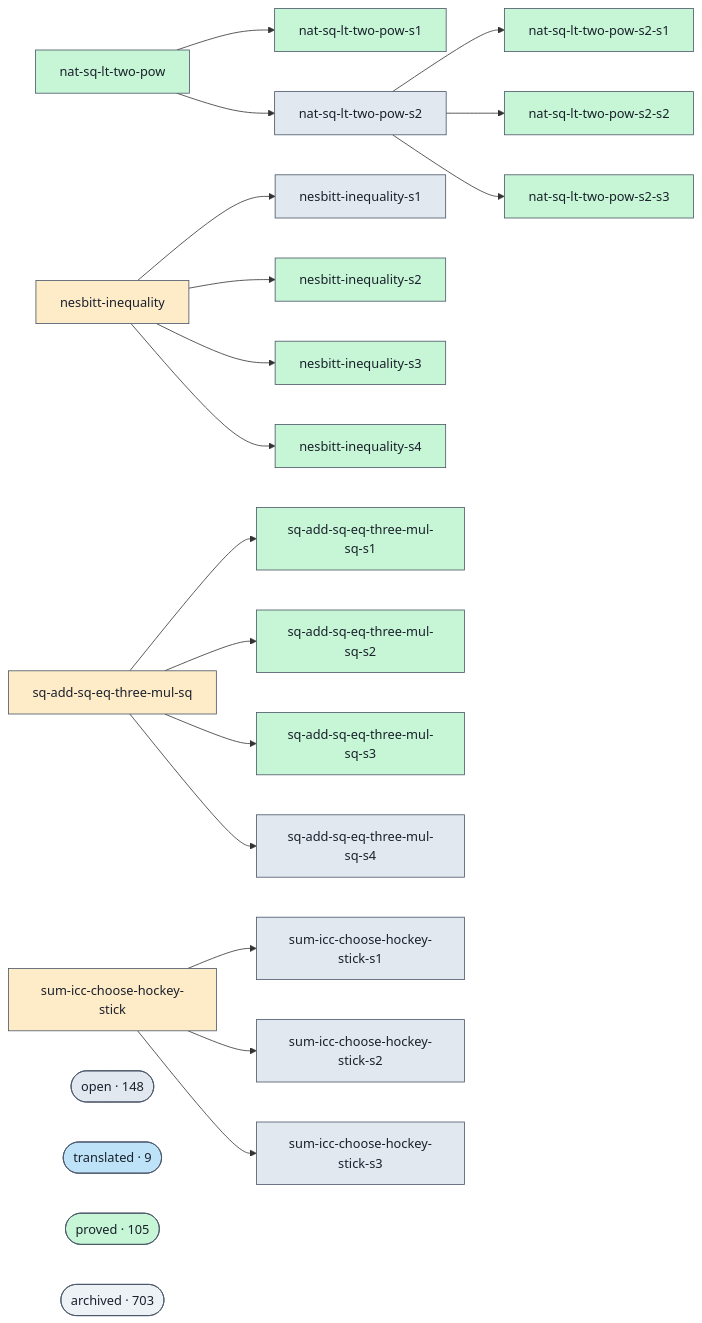
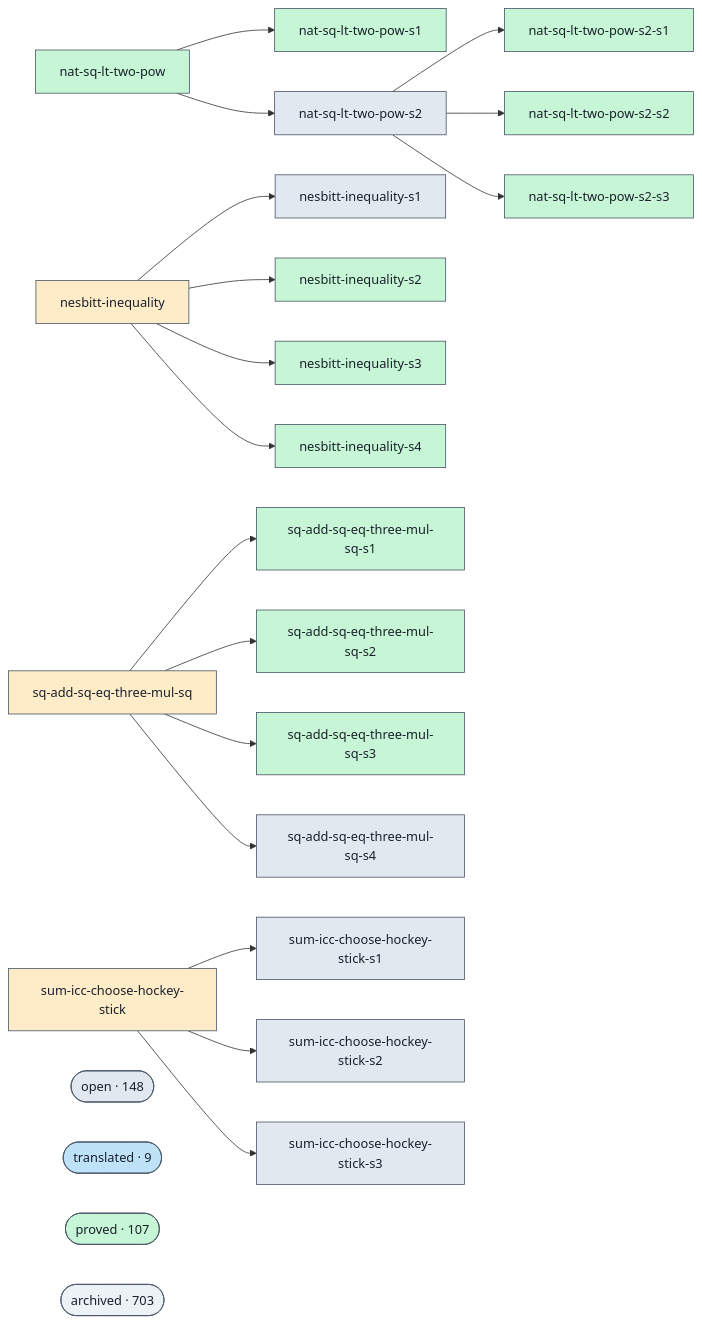
Before and after one commit to ohdearquant/unsorry: the diagram in docs/proofs-contributors-visualisation.md, drawn with Mermaid. The commit also changed other lines of this file and 2 other files, not shown here.

```diff
--- a/docs/proofs-contributors-visualisation.md
+++ b/docs/proofs-contributors-visualisation.md
@@ -102,7 +102,7 @@
   class cluster_open open;
   cluster_translated(["translated · 9"])
   class cluster_translated translated;
-  cluster_proved(["proved · 105"])
+  cluster_proved(["proved · 107"])
   class cluster_proved proved;
   cluster_archived(["archived · 703"])
   class cluster_archived unknown;
```
